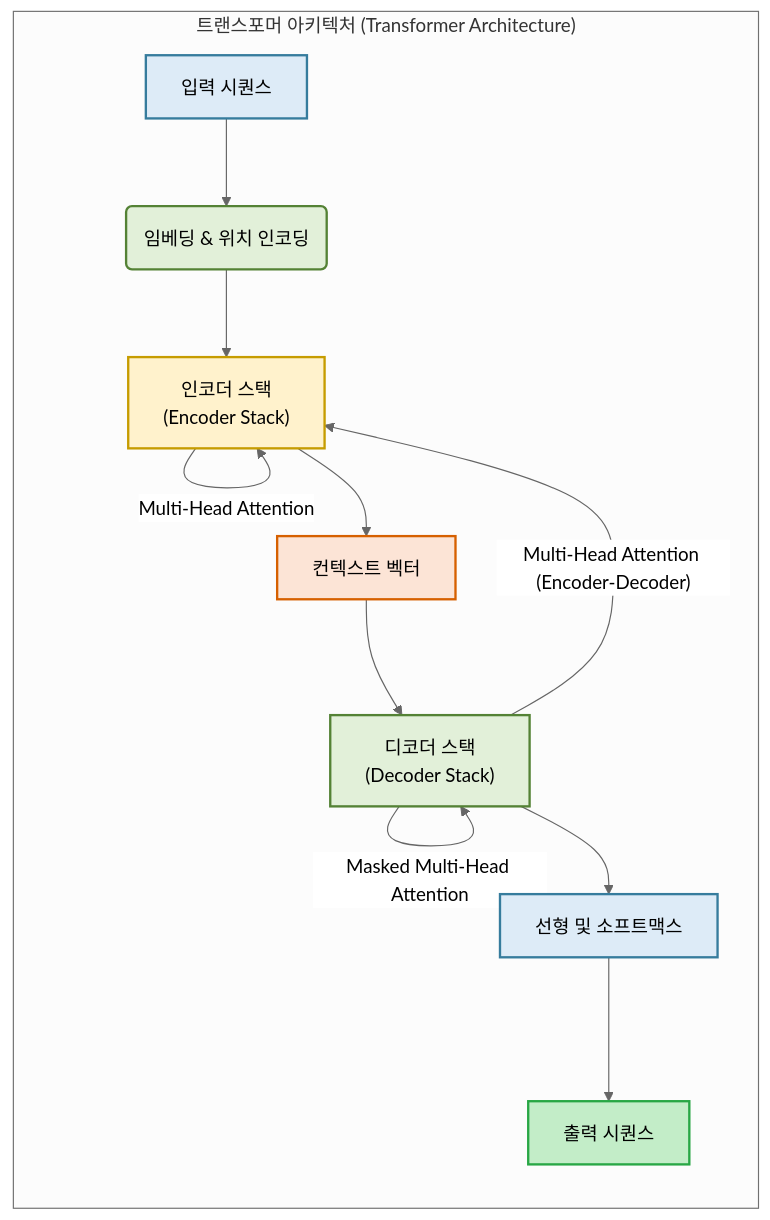
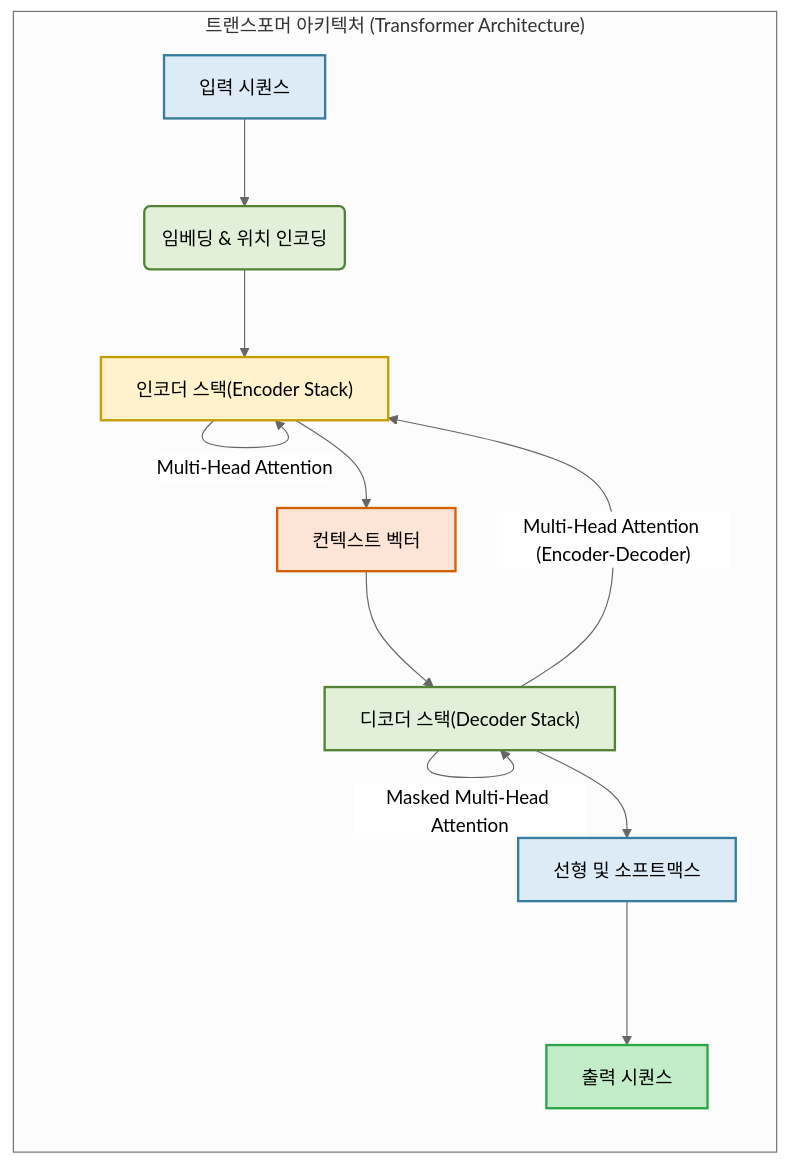
One commit to postforty/kor-it-langchain-class changed the first of 3 diagrams in ch01/sec01/ex01_01.md. Above: the diagram before and after it, drawn with Mermaid (neutral theme). The commit also changed other lines of this file and 2 other files, not shown here.

````diff
--- a/ch01/sec01/ex01_01.md
+++ b/ch01/sec01/ex01_01.md
@@ -15,23 +19,23 @@
 ```mermaid
 graph LR
     subgraph "트랜스포머 아키텍처 (Transformer Architecture)"
         A[입력 시퀀스] --> B(임베딩 & 위치 인코딩);
-        B --> C["인코더 스택\n(Encoder Stack)"];
+        B --> C["인코더 스택(Encoder Stack)"];
         C -- "Multi-Head Attention" --> C;
         C --> D[컨텍스트 벡터];
 
-        D --> E["디코더 스택\n(Decoder Stack)"];
+        D --> E["디코더 스택(Decoder Stack)"];
         E -- "Masked Multi-Head Attention" --> E;
         E -- "Multi-Head Attention (Encoder-Decoder)" --> C;
         E --> F[선형 및 소프트맥스];
         F --> G[출력 시퀀스];
     end
 
     style A fill:#DDEBF7,stroke:#367C9D,stroke-width:2px;
     style B fill:#E2F0D9,stroke:#548235,stroke-width:2px;
     style C fill:#FFF2CC,stroke:#C69C00,stroke-width:2px;
     style D fill:#FCE4D6,stroke:#D66000,stroke-width:2px;
     style E fill:#E2F0D9,stroke:#548235,stroke-width:2px;
     style F fill:#DDEBF7,stroke:#367C9D,stroke-width:2px;
     style G fill:#C3EDC8,stroke:#28A745,stroke-width:2px;
 ```
````
